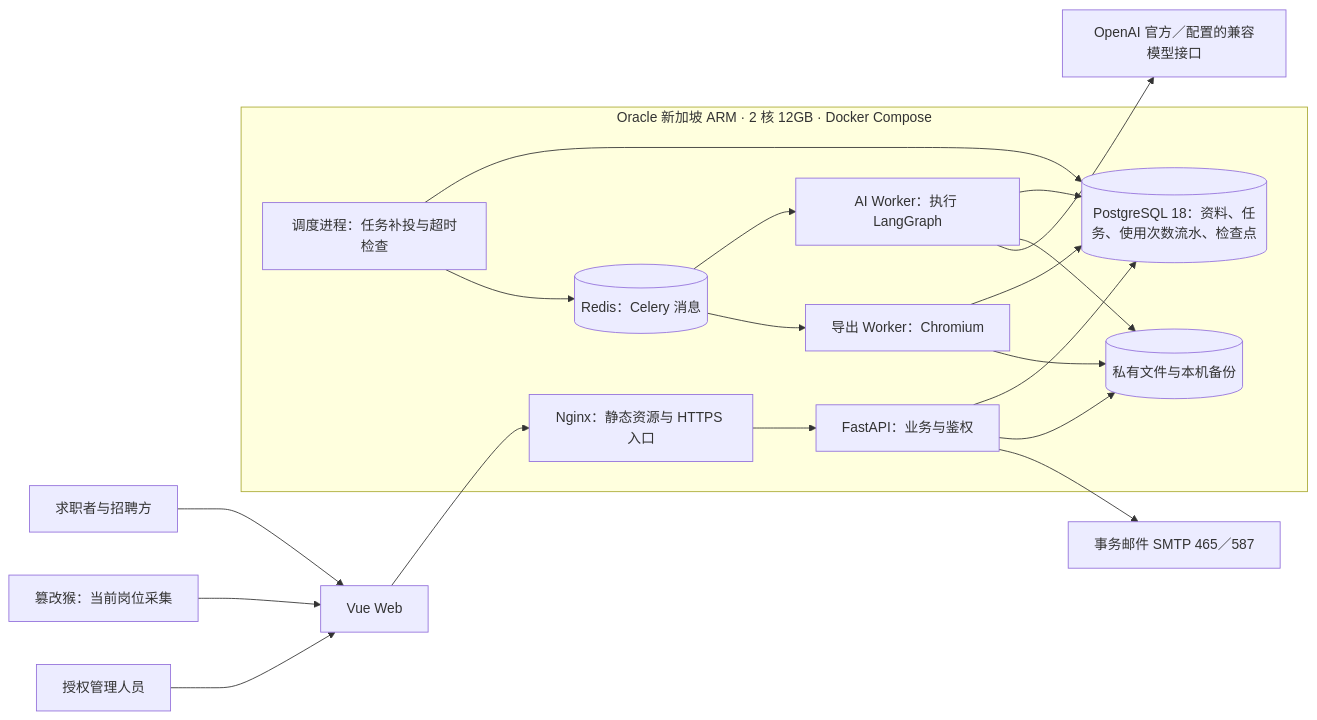
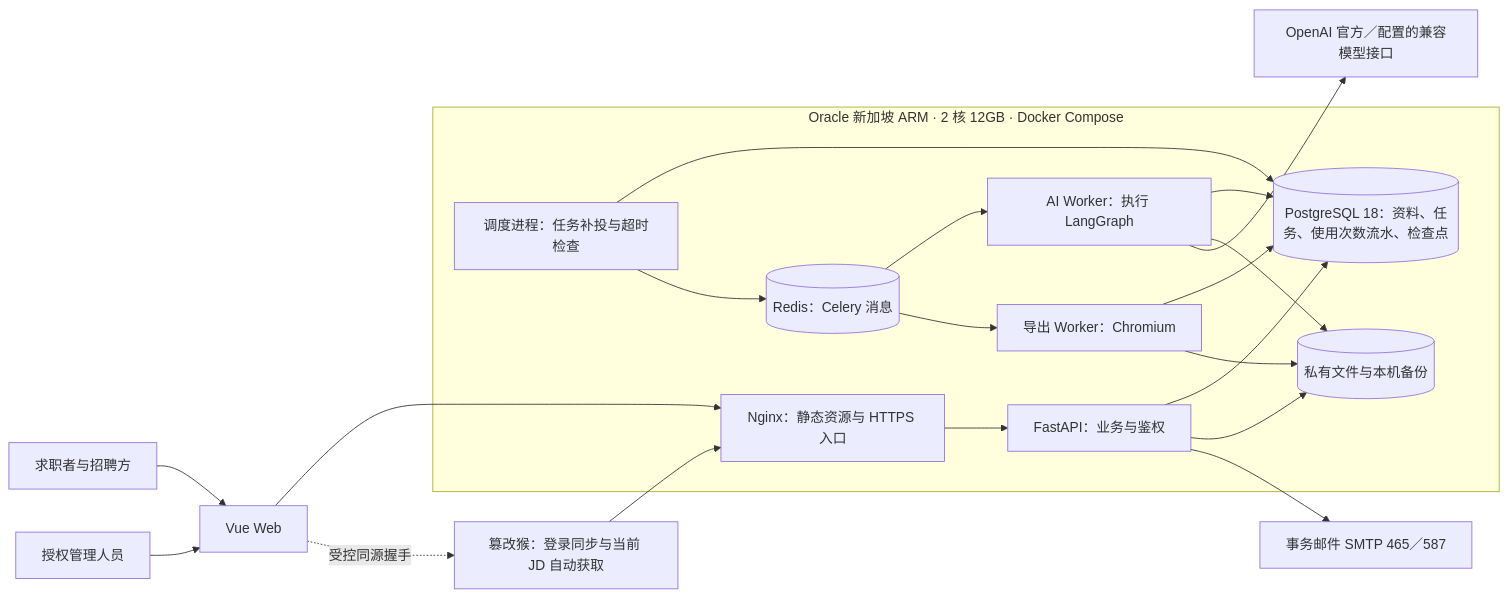
One commit to ld0574/Purslyx changed the first of 2 diagrams in docs/02-technical/技术架构.md. Above: the diagram before and after it, drawn with Mermaid. The commit also changed other lines of this file and 26 other files, not shown here.

````diff
--- a/docs/02-technical/技术架构.md
+++ b/docs/02-technical/技术架构.md
@@ -34,30 +34,32 @@
 ```mermaid
 flowchart LR
     User[求职者与招聘方] --> Web[Vue Web]
-    Script[篡改猴：当前岗位采集] --> Web
+    Script[篡改猴：登录同步与当前 JD 自动获取]
     Admin[授权管理人员] --> Web
     subgraph Host[Oracle 新加坡 ARM · 2 核 12GB · Docker Compose]
         Gateway[Nginx：静态资源与 HTTPS 入口]
         API[FastAPI：业务与鉴权]
         DB[(PostgreSQL 18：资料、任务、使用次数流水、检查点)]
         Queue[(Redis：Celery 消息)]
         Dispatch[调度进程：任务补投与超时检查]
         AIWorker[AI Worker：执行 LangGraph]
         DocWorker[导出 Worker：Chromium]
         Disk[(私有文件与本机备份)]
         Gateway --> API
         API --> DB
         API --> Disk
         Dispatch --> DB
         Dispatch --> Queue
         Queue --> AIWorker
         Queue --> DocWorker
         AIWorker --> DB
         AIWorker --> Disk
         DocWorker --> DB
         DocWorker --> Disk
     end
     Web --> Gateway
+    Web -. 受控同源握手 .-> Script
+    Script --> Gateway
     AIWorker --> Model[OpenAI 官方／配置的兼容模型接口]
     API --> SMTP[事务邮件 SMTP 465／587]
 ```
````
